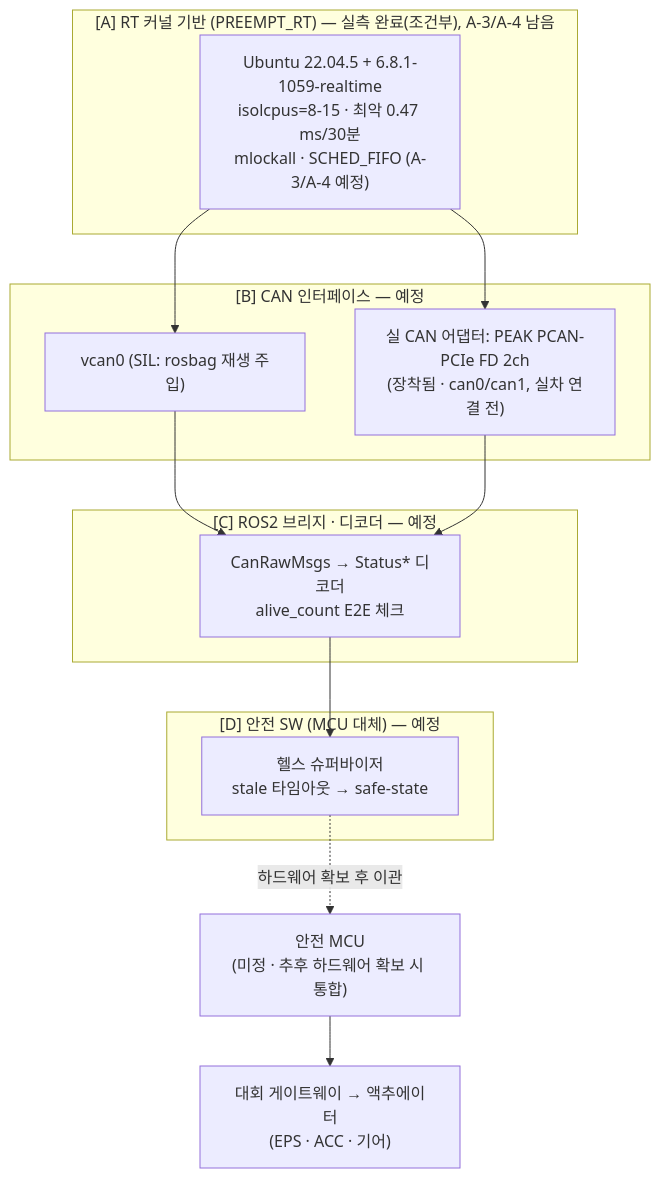
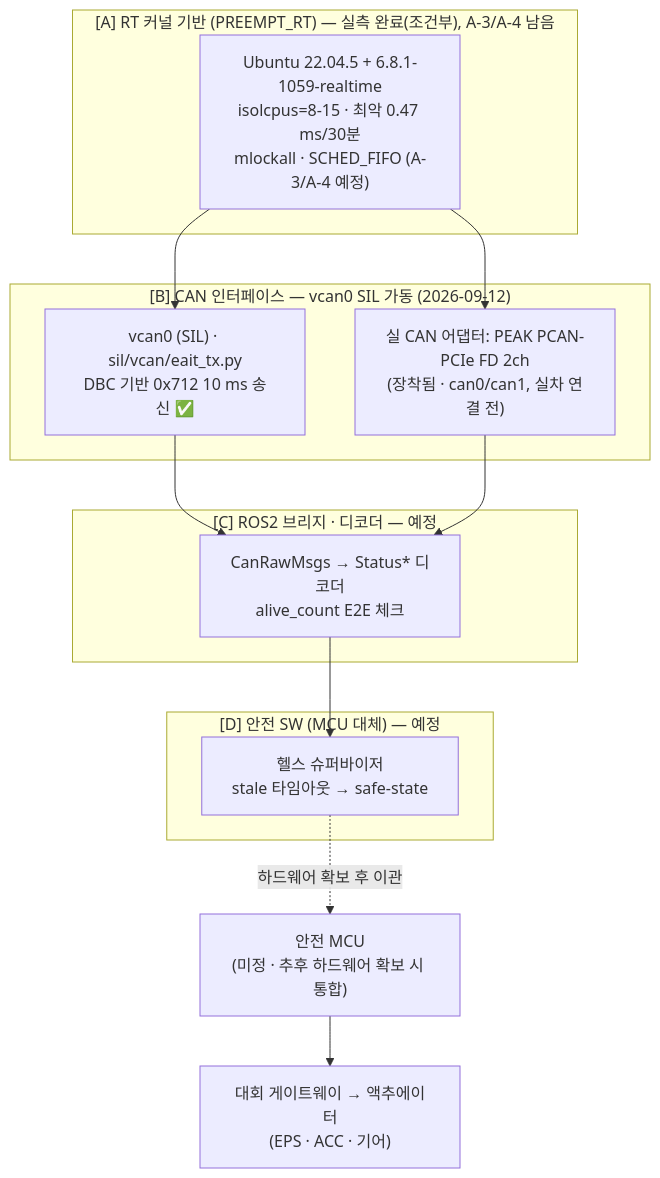
The first of 2 diagrams in can_stack_development.md (seungmin01-miru/A1-BSW), drawn with Mermaid before and after one commit. The commit also changed other lines of this file and 7 other files, not shown here.

````diff
--- a/can_stack_development.md
+++ b/can_stack_development.md
@@ -21,26 +21,26 @@
 ```mermaid
 flowchart TB
   subgraph A["[A] RT 커널 기반 (PREEMPT_RT) — 실측 완료(조건부), A-3/A-4 남음"]
     K["Ubuntu 22.04.5 + 6.8.1-1059-realtime<br/>isolcpus=8-15 · 최악 0.47 ms/30분<br/>mlockall · SCHED_FIFO (A-3/A-4 예정)"]
   end
-  subgraph B["[B] CAN 인터페이스 — 예정"]
-    VCAN["vcan0 (SIL: rosbag 재생 주입)"]
+  subgraph B["[B] CAN 인터페이스 — vcan0 SIL 가동 (2026-09-12)"]
+    VCAN["vcan0 (SIL) · sil/vcan/eait_tx.py<br/>DBC 기반 0x712 10 ms 송신 ✅"]
     RCAN["실 CAN 어댑터: PEAK PCAN-PCIe FD 2ch<br/>(장착됨 · can0/can1, 실차 연결 전)"]
   end
   subgraph C["[C] ROS2 브리지 · 디코더 — 예정"]
     DEC["CanRawMsgs → Status* 디코더<br/>alive_count E2E 체크"]
   end
   subgraph D["[D] 안전 SW (MCU 대체) — 예정"]
     WD["헬스 슈퍼바이저<br/>stale 타임아웃 → safe-state"]
   end
   MCU["안전 MCU<br/>(미정 · 추후 하드웨어 확보 시 통합)"]
   GW["대회 게이트웨이 → 액추에이터<br/>(EPS · ACC · 기어)"]
 
   K --> VCAN
   K --> RCAN
   VCAN --> DEC
   RCAN --> DEC
   DEC --> WD
   WD -.하드웨어 확보 후 이관.-> MCU
   MCU --> GW
 ```
````
